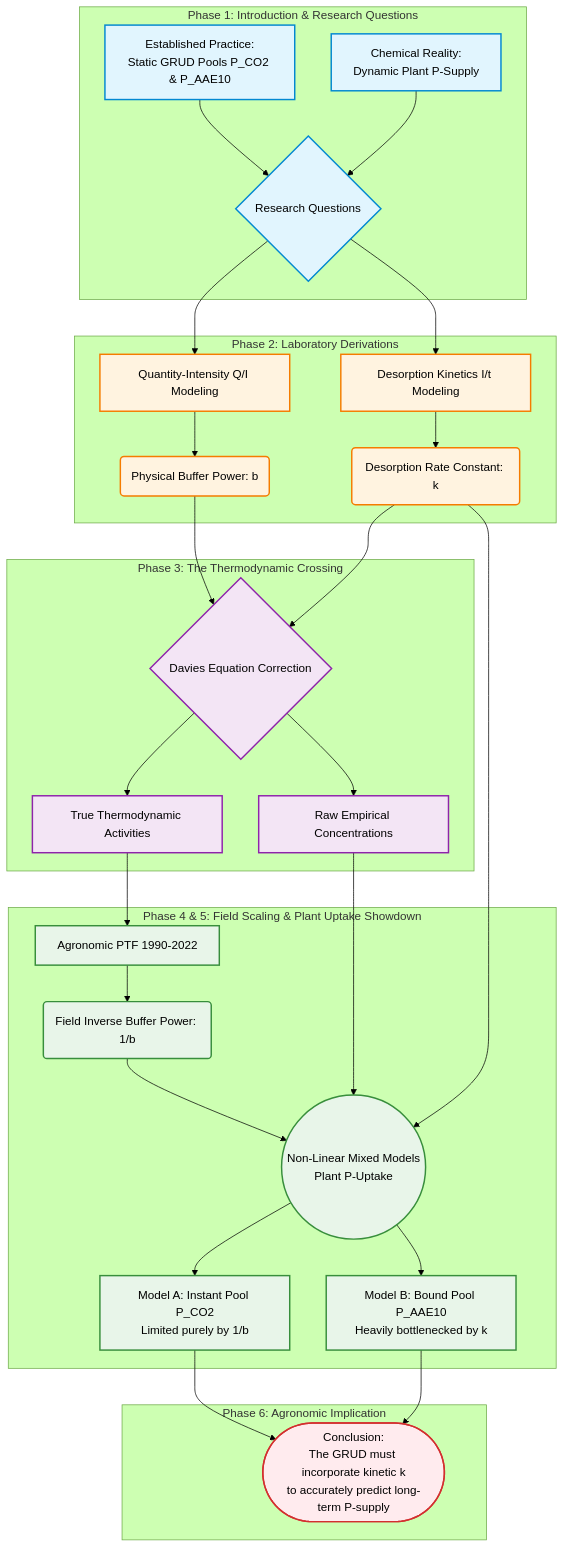
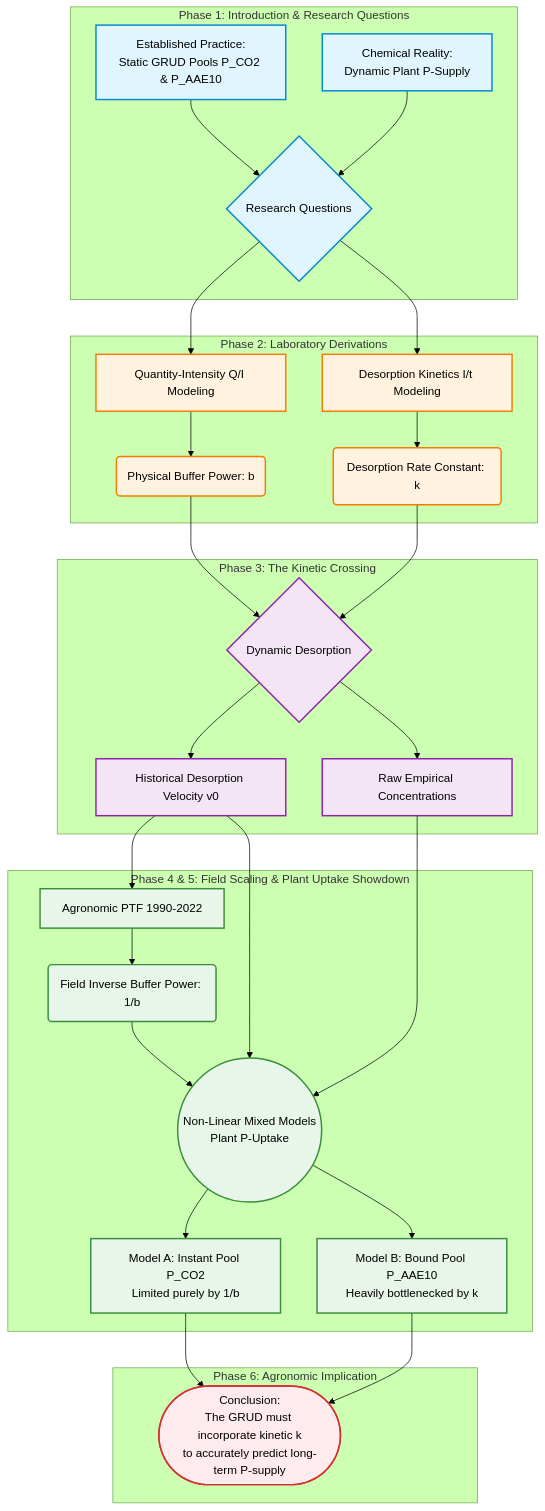
The diagram in writing/_15-intro.qmd (ptochosgeorgos/Article-P-desorption-kinetics), drawn with Mermaid (forest theme) before and after one commit. The commit also changed other lines of this file and 147 other files, not shown here.

````diff
--- a/writing/_15-intro.qmd
+++ b/writing/_15-intro.qmd
@@ -105,54 +99,54 @@
 ```{mermaid}
 graph TD
     %% Styling definitions
     classDef intro fill:#e1f5fe,stroke:#0288d1,stroke-width:2px;
     classDef lab fill:#fff3e0,stroke:#f57c00,stroke-width:2px;
     classDef thermo fill:#f3e5f5,stroke:#8e24aa,stroke-width:2px;
     classDef uptake fill:#e8f5e9,stroke:#388e3c,stroke-width:2px;
     classDef conc fill:#ffebee,stroke:#d32f2f,stroke-width:2px;
 
     %% Phase 1: Introduction
     subgraph Phase 1: Introduction & Research Questions
         A[Established Practice:<br>Static GRUD Pools P_CO2 & P_AAE10]:::intro
         B[Chemical Reality:<br>Dynamic Plant P-Supply]:::intro
         A --> C{Research Questions}:::intro
         B --> C
     end
 
     %% Phase 2: Lab Modeling
     subgraph Phase 2: Laboratory Derivations
         C --> D[Quantity-Intensity Q/I Modeling]:::lab
         C --> E[Desorption Kinetics I/t Modeling]:::lab
         D --> F(Physical Buffer Power: b):::lab
         E --> G(Desorption Rate Constant: k):::lab
     end
 
     %% Phase 3: The Crossing
-    subgraph Phase 3: The Thermodynamic Crossing
-        F --> H{Davies Equation Correction}:::thermo
+    subgraph Phase 3: The Kinetic Crossing
+        F --> H{Dynamic Desorption}:::thermo
         G --> H
-        H --> I[True Thermodynamic Activities]:::thermo
+        H --> I[Historical Desorption Velocity v0]:::thermo
         H --> J[Raw Empirical Concentrations]:::thermo
     end
 
     %% Phase 4 & 5: Field Scaling and Uptake
     subgraph Phase 4 & 5: Field Scaling & Plant Uptake Showdown
         I --> K[Agronomic PTF 1990-2022]:::uptake
         K --> L(Field Inverse Buffer Power: 1/b):::uptake
         
         L --> M
-        G --> M
+        I --> M
         J --> M
         
         M((Non-Linear Mixed Models<br>Plant P-Uptake)):::uptake
         
         M --> N[Model A: Instant Pool P_CO2<br>Limited purely by 1/b]:::uptake
         M --> O[Model B: Bound Pool P_AAE10<br>Heavily bottlenecked by k]:::uptake
     end
 
     %% Phase 6: Conclusion
     subgraph Phase 6: Agronomic Implication
         N --> P([Conclusion:<br>The GRUD must incorporate kinetic k<br>to accurately predict long-term P-supply]):::conc
         O --> P
     end
 ```
````
